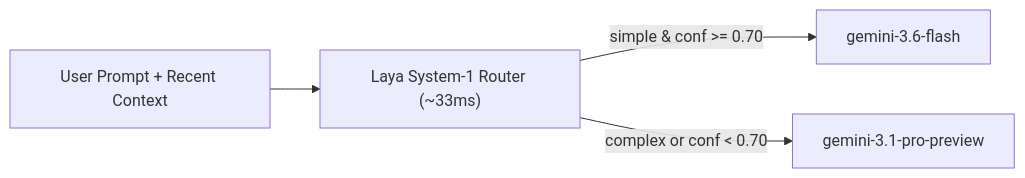
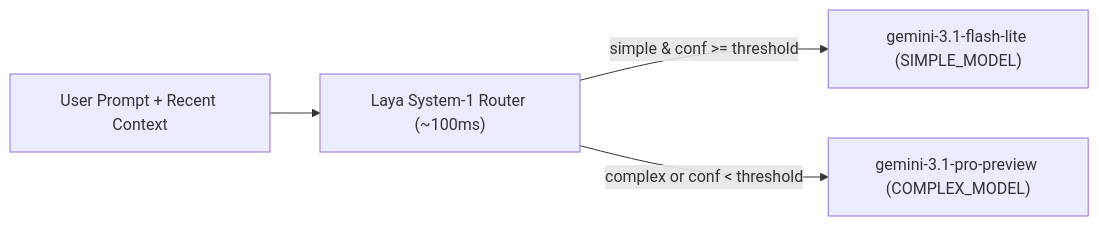
One commit to dmoonat/llm-model-router changed the diagram in README.md. Above: the diagram before and after it, drawn with Mermaid. The commit also changed other lines of this file and 9 other files, not shown here.

Commit message:
feat: eval simple vs complex models; adk-finops for observability

````diff
--- a/README.md
+++ b/README.md
@@ -27,6 +37,6 @@
 ```mermaid
 flowchart LR
-    U["User Prompt + Recent Context"] --> L["Laya System-1 Router (~33ms)"]
-    L -->|"simple & conf >= 0.70"| F["gemini-3.6-flash"]
-    L -->|"complex or conf < 0.70"| P["gemini-3.1-pro-preview"]
+    U["User Prompt + Recent Context"] --> L["Laya System-1 Router (~100ms)"]
+    L -->|"simple & conf >= threshold"| F["gemini-3.1-flash-lite (SIMPLE_MODEL)"]
+    L -->|"complex or conf < threshold"| P["gemini-3.1-pro-preview (COMPLEX_MODEL)"]
 ```
````
